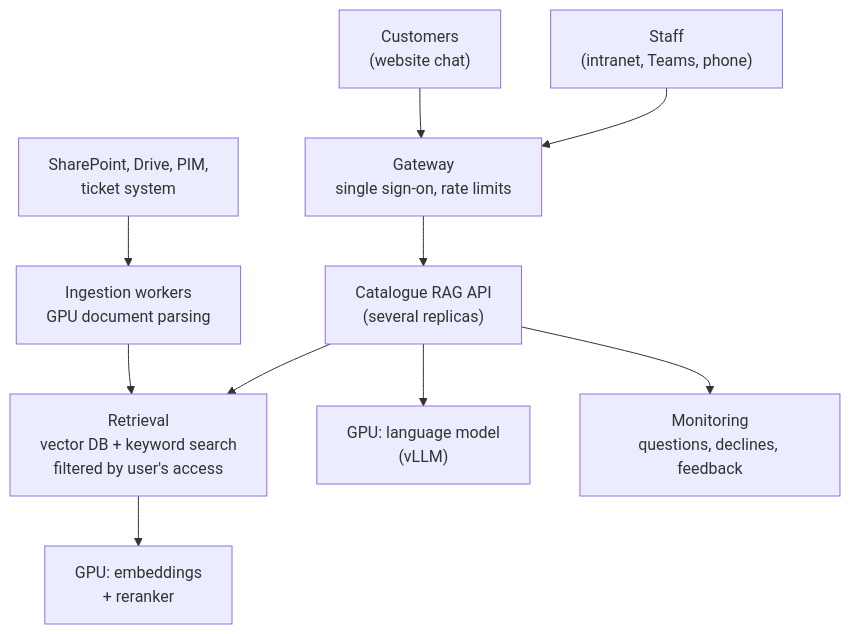
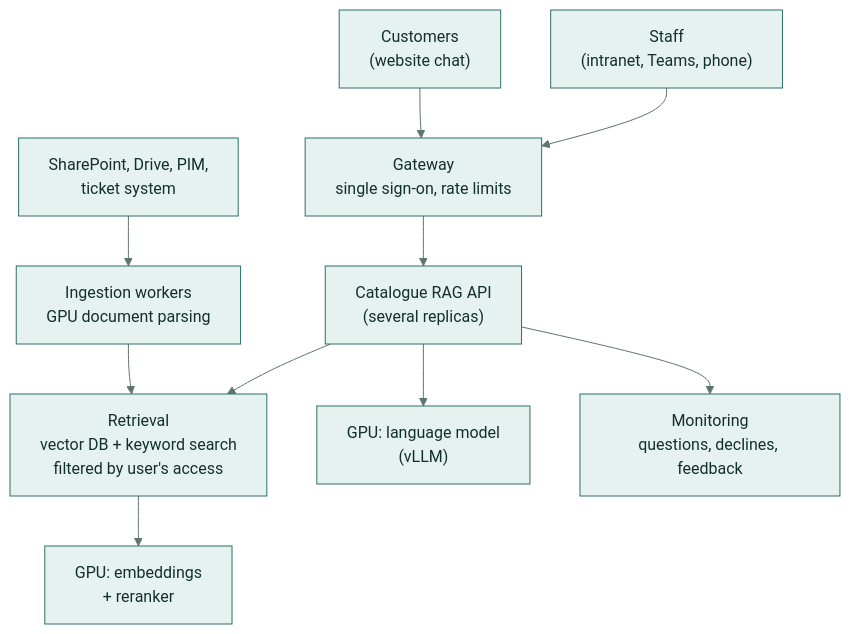
One commit to samiulhuda360/catalogue-rag changed the diagram in docs/enterprise.md. Above: the diagram before and after it, drawn with Mermaid. The commit also changed 6 other files, not shown here.

Commit message:
Docs: teal diagram theme, neutral baseline label, fictional brand in a sample question

````diff
--- a/docs/enterprise.md
+++ b/docs/enterprise.md
@@ -74,12 +74,13 @@
 ```mermaid
+%%{init: {"theme": "base", "themeVariables": {"primaryColor": "#e6f2ef", "primaryBorderColor": "#2f6f68", "primaryTextColor": "#13302c", "lineColor": "#5f7471", "secondaryColor": "#f3efe6", "tertiaryColor": "#f7f8f6"}}}%%
 flowchart TD
   U1["Staff<br/>(intranet, Teams, phone)"] --> GW
   U2["Customers<br/>(website chat)"] --> GW
   GW["Gateway<br/>single sign-on, rate limits"] --> API["Catalogue RAG API<br/>(several replicas)"]
   API --> RET["Retrieval<br/>vector DB + keyword search<br/>filtered by user's access"]
   API --> LLM["GPU: language model<br/>(vLLM)"]
   RET --> EMB["GPU: embeddings<br/>+ reranker"]
   SRC["SharePoint, Drive, PIM,<br/>ticket system"] --> ING["Ingestion workers<br/>GPU document parsing"]
   ING --> RET
   API --> OBS["Monitoring<br/>questions, declines, feedback"]
 ```
````
